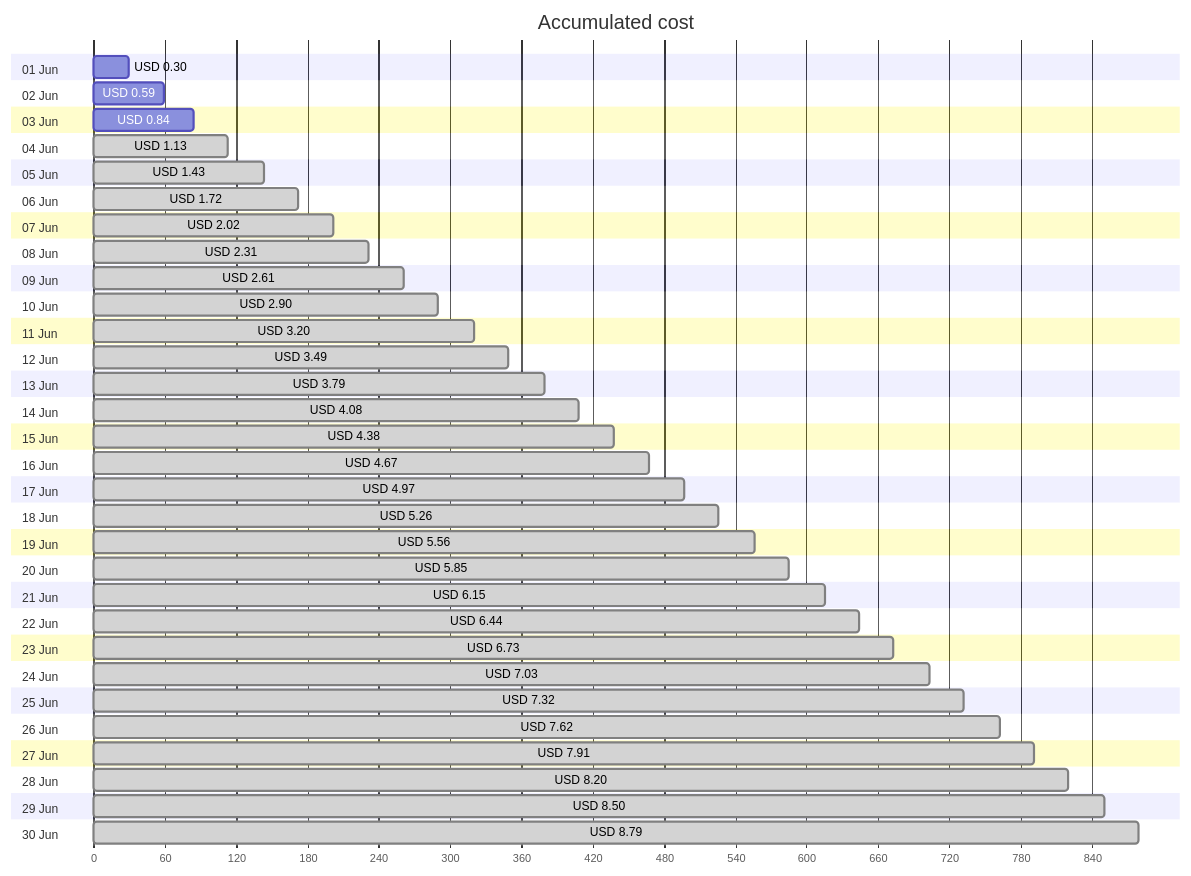
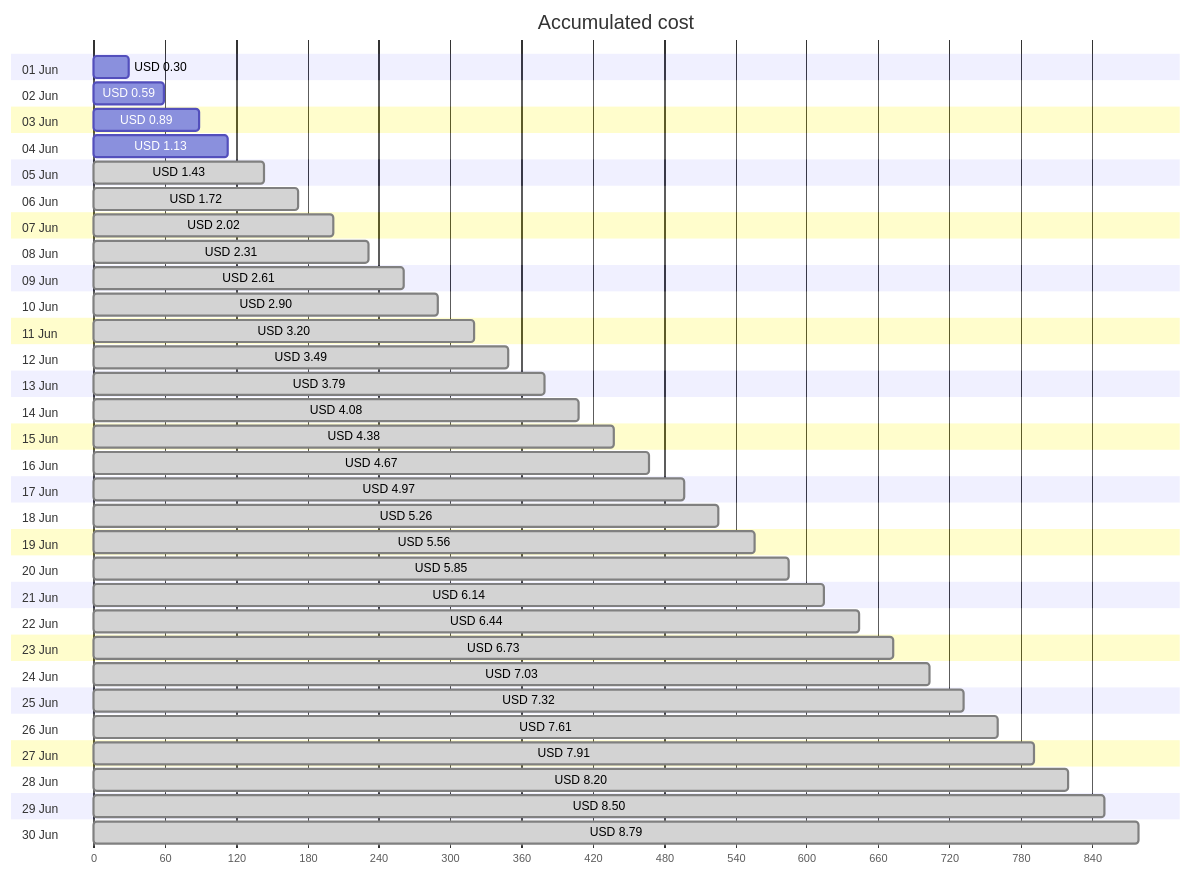
One commit to jpfulton/azure-personal-reports changed the first of 4 diagrams in cost-reports/personal-site/personal-site-preview.md. Above: the diagram before and after it, drawn with Mermaid. The commit also changed other lines of this file and 6 other files, not shown here.

````diff
--- a/cost-reports/personal-site/personal-site-preview.md
+++ b/cost-reports/personal-site/personal-site-preview.md
@@ -20,66 +20,66 @@
 ```mermaid
 gantt
    title Accumulated cost
    dateFormat  X
    axisFormat %s
    section 01 Jun
    USD 0.30 :0, 30
    section 02 Jun
    USD 0.59 :0, 59
    section 03 Jun
-   USD 0.84 :0, 84
+   USD 0.89 :0, 89
    section 04 Jun
-   USD 1.13 : done, 0, 113
+   USD 1.13 :0, 113
    section 05 Jun
    USD 1.43 : done, 0, 143
    section 06 Jun
    USD 1.72 : done, 0, 172
    section 07 Jun
    USD 2.02 : done, 0, 202
    section 08 Jun
    USD 2.31 : done, 0, 231
    section 09 Jun
    USD 2.61 : done, 0, 261
    section 10 Jun
    USD 2.90 : done, 0, 290
    section 11 Jun
    USD 3.20 : done, 0, 320
    section 12 Jun
    USD 3.49 : done, 0, 349
    section 13 Jun
    USD 3.79 : done, 0, 379
    section 14 Jun
    USD 4.08 : done, 0, 408
    section 15 Jun
    USD 4.38 : done, 0, 438
    section 16 Jun
    USD 4.67 : done, 0, 467
    section 17 Jun
    USD 4.97 : done, 0, 497
    section 18 Jun
    USD 5.26 : done, 0, 526
    section 19 Jun
    USD 5.56 : done, 0, 556
    section 20 Jun
    USD 5.85 : done, 0, 585
    section 21 Jun
-   USD 6.15 : done, 0, 615
+   USD 6.14 : done, 0, 614
    section 22 Jun
    USD 6.44 : done, 0, 644
    section 23 Jun
    USD 6.73 : done, 0, 673
    section 24 Jun
    USD 7.03 : done, 0, 703
    section 25 Jun
    USD 7.32 : done, 0, 732
    section 26 Jun
-   USD 7.62 : done, 0, 762
+   USD 7.61 : done, 0, 761
    section 27 Jun
    USD 7.91 : done, 0, 791
    section 28 Jun
    USD 8.20 : done, 0, 820
    section 29 Jun
    USD 8.50 : done, 0, 850
    section 30 Jun
    USD 8.79 : done, 0, 879
 ```
````
